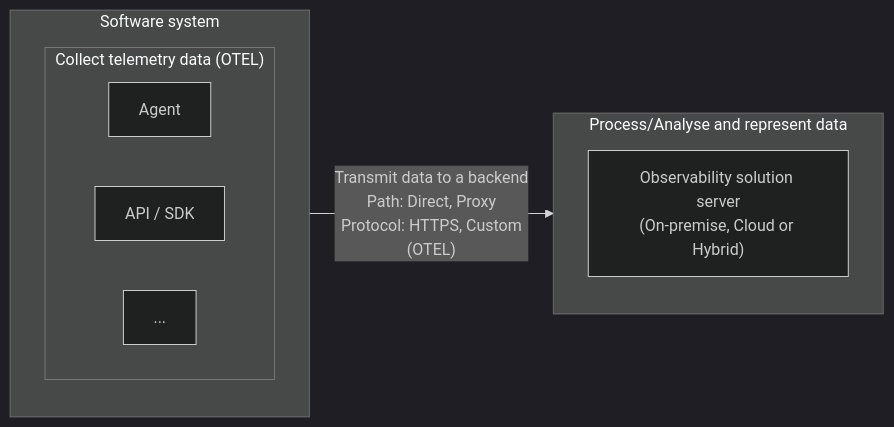
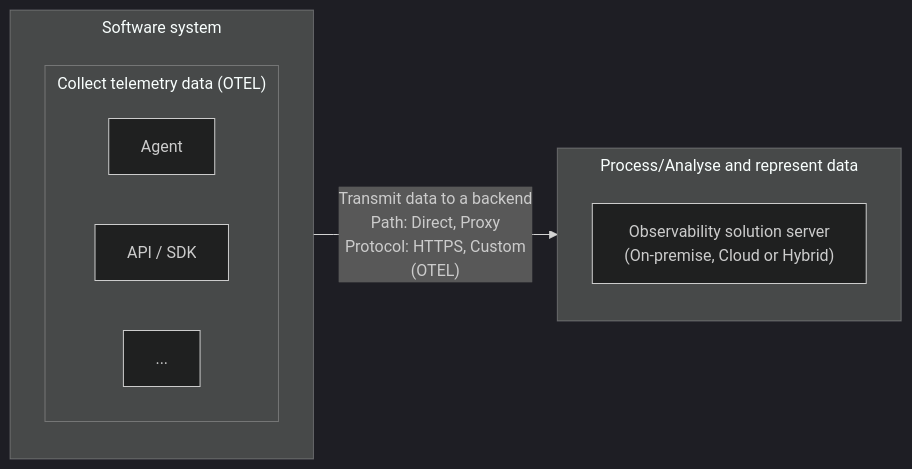
Before and after one commit to lpverneck/notes: the diagram in content/software-engineering/otel.md, drawn with Mermaid (dark theme).

Commit message:
fix: adjust mermaid diagram format

````diff
--- a/content/software-engineering/otel.md
+++ b/content/software-engineering/otel.md
@@ -44,14 +44,23 @@
 ```mermaid
+---
+config:
+  flowchart:
+    wrappingWidth: 400
+    padding: 16
+    subGraphTitleMargin:
+      top: 6
+      bottom: 12
+---
 flowchart LR
 	subgraph LeftBox [Software system]
 		subgraph OTELBox ["Collect telemetry data (OTEL)"]
 			A[Agent]
 			Z[API / SDK]
 			Y[...]
 		end
 	end
 	subgraph RightBox [Process/Analyse and represent data]
-		C["Observability solution server\n(On-premise, Cloud or Hybrid)"]
+		C["Observability solution server<br>(On-premise, Cloud or Hybrid)"]
 	end
-	LeftBox -->|"Transmit data to a backend\nPath: Direct, Proxy\nProtocol: HTTPS, Custom\n(OTEL)"| RightBox
+	LeftBox -->|"Transmit data to a backend<br>Path: Direct, Proxy<br>Protocol: HTTPS, Custom<br>(OTEL)"| RightBox
 ```
````
